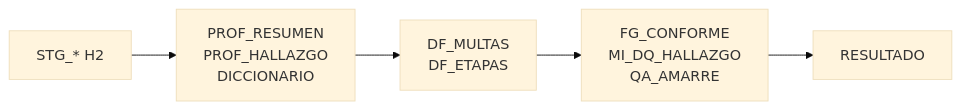
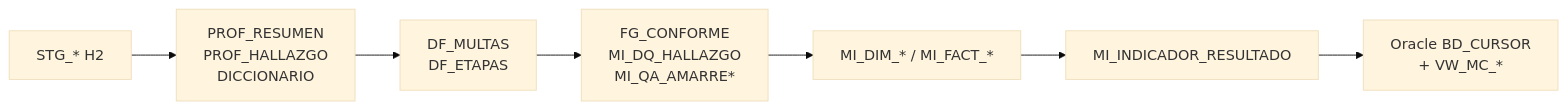
One commit to nwodevops/multa_informes_etl changed the second of 3 diagrams in docs/fase1-3/status.md. Above: the diagram before and after it, drawn with Mermaid (base theme). The commit also changed other lines of this file and 37 other files, not shown here.

````diff
--- a/docs/fase1-3/status.md
+++ b/docs/fase1-3/status.md
@@ -65,10 +63,12 @@
 ```mermaid
 flowchart LR
   STG["STG_* H2"]
   P2["PROF_RESUMEN<br/>PROF_HALLAZGO<br/>DICCIONARIO"]
   P3["DF_MULTAS<br/>DF_ETAPAS"]
-  P4["FG_CONFORME<br/>MI_DQ_HALLAZGO<br/>QA_AMARRE"]
-  RES["RESULTADO"]
+  P4["FG_CONFORME<br/>MI_DQ_HALLAZGO<br/>MI_QA_AMARRE*"]
+  P5["MI_DIM_* / MI_FACT_*"]
+  P7["MI_INDICADOR_RESULTADO"]
+  ORA["Oracle BD_CURSOR<br/>+ VW_MC_*"]
 
-  STG --> P2 --> P3 --> P4 --> RES
+  STG --> P2 --> P3 --> P4 --> P5 --> P7 --> ORA
 ```
````
